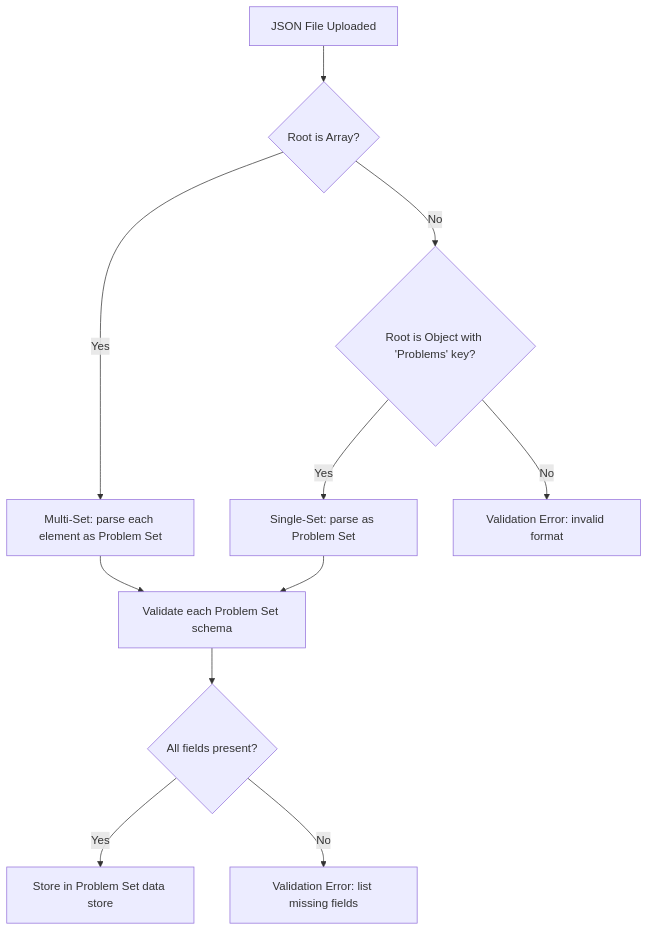
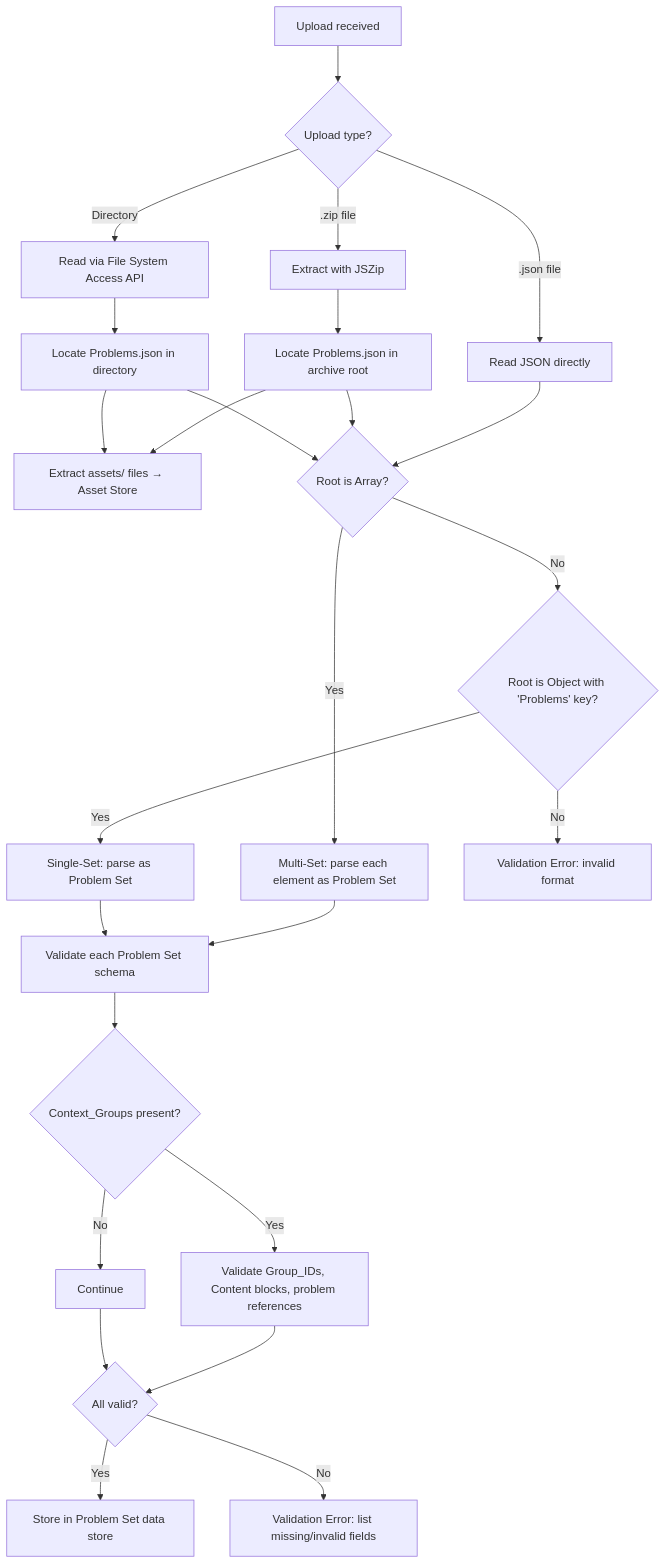
The second of 6 diagrams in 3_Architecture/1_System_Architecture.md (jaynote001/MCQTool), drawn with Mermaid before and after one commit. The commit also changed other lines of this file and 3 other files, not shown here.

Commit message:
Update Architecture Diagrams

````diff
--- a/3_Architecture/1_System_Architecture.md
+++ b/3_Architecture/1_System_Architecture.md
@@ -133,13 +146,27 @@
 ```mermaid
 flowchart TD
-    A[JSON File Uploaded] --> B{Root is Array?}
-    B -->|Yes| C[Multi-Set: parse each element as Problem Set]
-    B -->|No| D{Root is Object with 'Problems' key?}
-    D -->|Yes| E[Single-Set: parse as Problem Set]
-    D -->|No| F[Validation Error: invalid format]
-    C --> G[Validate each Problem Set schema]
-    E --> G
-    G --> H{All fields present?}
-    H -->|Yes| I[Store in Problem Set data store]
-    H -->|No| J[Validation Error: list missing fields]
+    A[Upload received] --> B{Upload type?}
+    B -->|.json file| C[Read JSON directly]
+    B -->|.zip file| D[Extract with JSZip]
+    B -->|Directory| E[Read via File System Access API]
+    D --> F[Locate Problems.json in archive root]
+    E --> G[Locate Problems.json in directory]
+    F --> H[Extract assets/ files → Asset Store]
+    G --> H
+    C --> I{Root is Array?}
+    F --> I
+    G --> I
+    I -->|Yes| J[Multi-Set: parse each element as Problem Set]
+    I -->|No| K{Root is Object with 'Problems' key?}
+    K -->|Yes| L[Single-Set: parse as Problem Set]
+    K -->|No| M[Validation Error: invalid format]
+    J --> N[Validate each Problem Set schema]
+    L --> N
+    N --> O{Context_Groups present?}
+    O -->|Yes| P[Validate Group_IDs, Content blocks, problem references]
+    O -->|No| Q[Continue]
+    P --> R{All valid?}
+    Q --> R
+    R -->|Yes| S[Store in Problem Set data store]
+    R -->|No| T[Validation Error: list missing/invalid fields]
 ```
````
